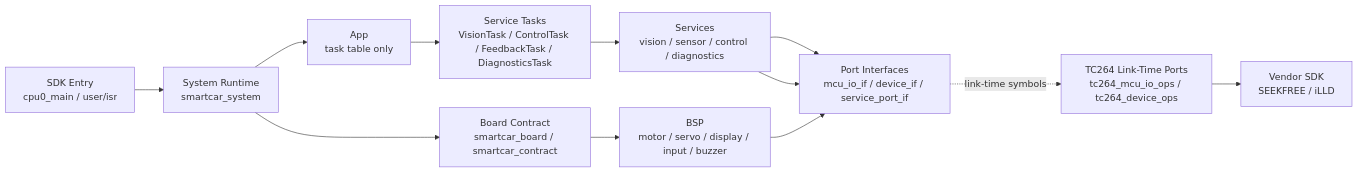
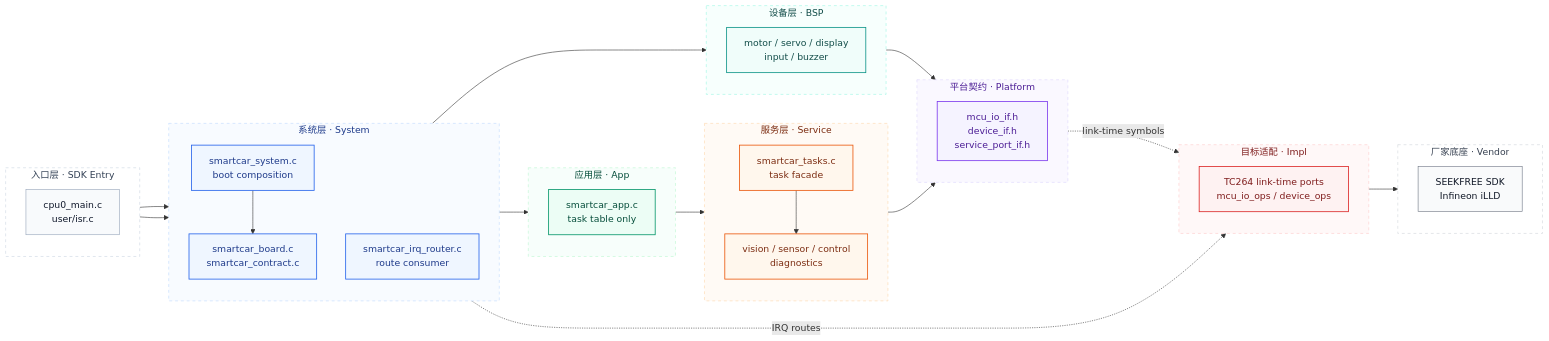
Before and after one commit to ParacosmYy/GS_Smart_car: the first of 2 diagrams in README.md, drawn with Mermaid. The commit also changed other lines of this file, not shown here.

Commit message:
docs(readme): 美化 Mermaid 架构图
- 使用 subgraph/classDef/style 重绘架构与 IRQ 流程图

- 补回 BSP 层边界并统一企业版配色

- 保持链接期端口与静态 IRQ route 的真实架构表达

````diff
--- a/README.md
+++ b/README.md
@@ -14,18 +14,78 @@
 ```mermaid
 flowchart LR
-    ENTRY["SDK Entry<br/>cpu0_main / user/isr"]
-    RUNTIME["System Runtime<br/>smartcar_system"]
-    APP["App<br/>task table only"]
-    TASKS["Service Tasks<br/>VisionTask / ControlTask / FeedbackTask / DiagnosticsTask"]
-    SERVICE["Services<br/>vision / sensor / control / diagnostics"]
-    PORT["Port Interfaces<br/>mcu_io_if / device_if / service_port_if"]
-    BOARD["Board Contract<br/>smartcar_board / smartcar_contract"]
-    BSP["BSP<br/>motor / servo / display / input / buzzer"]
-    TC264["TC264 Link-Time Ports<br/>tc264_mcu_io_ops / tc264_device_ops"]
-    SDK["Vendor SDK<br/>SEEKFREE / iLLD"]
+    subgraph L0["入口层 · SDK Entry"]
+        direction TB
+        ENTRY["cpu0_main.c<br/>user/isr.c"]
+    end
+
+    subgraph L1["系统层 · System"]
+        direction TB
+        RUNTIME["smartcar_system.c<br/>boot composition"]
+        IRQ["smartcar_irq_router.c<br/>route consumer"]
+        BOARD["smartcar_board.c<br/>smartcar_contract.c"]
+    end
+
+    subgraph L2["应用层 · App"]
+        direction TB
+        APP["smartcar_app.c<br/>task table only"]
+    end
+
+    subgraph L3["服务层 · Service"]
+        direction TB
+        TASKS["smartcar_tasks.c<br/>task facade"]
+        SERVICE["vision / sensor / control<br/>diagnostics"]
+    end
+
+    subgraph L3B["设备层 · BSP"]
+        direction TB
+        BSP["motor / servo / display<br/>input / buzzer"]
+    end
+
+    subgraph L4["平台契约 · Platform"]
+        direction TB
+        PORT["mcu_io_if.h<br/>device_if.h<br/>service_port_if.h"]
+    end
+
+    subgraph L5["目标适配 · Impl"]
+        direction TB
+        TC264["TC264 link-time ports<br/>mcu_io_ops / device_ops"]
+    end
+
+    subgraph L6["厂家底座 · Vendor"]
+        direction TB
+        SDK["SEEKFREE SDK<br/>Infineon iLLD"]
+    end
 
     ENTRY --> RUNTIME --> APP --> TASKS --> SERVICE --> PORT
+    ENTRY --> IRQ
     RUNTIME --> BOARD --> BSP --> PORT
-    SERVICE --> PORT
     PORT -. "link-time symbols" .-> TC264 --> SDK
+    IRQ -. "IRQ routes" .-> TC264
+
+    class ENTRY entry
+    class RUNTIME,IRQ,BOARD system
+    class APP app
+    class TASKS,SERVICE service
+    class BSP bsp
+    class PORT platform
+    class TC264 impl
+    class SDK vendor
+
+    classDef entry fill:#f8fafc,stroke:#94a3b8,color:#0f172a,stroke-width:1px;
+    classDef system fill:#eff6ff,stroke:#2563eb,color:#1e3a8a,stroke-width:1.4px;
+    classDef app fill:#ecfdf5,stroke:#059669,color:#064e3b,stroke-width:1.4px;
+    classDef service fill:#fff7ed,stroke:#ea580c,color:#7c2d12,stroke-width:1.4px;
+    classDef bsp fill:#f0fdfa,stroke:#0d9488,color:#134e4a,stroke-width:1.4px;
+    classDef platform fill:#f5f3ff,stroke:#7c3aed,color:#4c1d95,stroke-width:1.4px;
+    classDef impl fill:#fef2f2,stroke:#dc2626,color:#7f1d1d,stroke-width:1.4px;
+    classDef vendor fill:#f9fafb,stroke:#6b7280,color:#111827,stroke-width:1px;
+
+    style L0 fill:#ffffff,stroke:#cbd5e1,stroke-dasharray:5 5,color:#334155;
+    style L1 fill:#f8fbff,stroke:#bfdbfe,stroke-dasharray:5 5,color:#1e3a8a;
+    style L2 fill:#f7fefb,stroke:#bbf7d0,stroke-dasharray:5 5,color:#064e3b;
+    style L3 fill:#fffaf5,stroke:#fed7aa,stroke-dasharray:5 5,color:#7c2d12;
+    style L3B fill:#f7fffd,stroke:#99f6e4,stroke-dasharray:5 5,color:#134e4a;
+    style L4 fill:#faf8ff,stroke:#ddd6fe,stroke-dasharray:5 5,color:#4c1d95;
+    style L5 fill:#fff8f8,stroke:#fecaca,stroke-dasharray:5 5,color:#7f1d1d;
+    style L6 fill:#ffffff,stroke:#d1d5db,stroke-dasharray:5 5,color:#374151;
 ```
````
